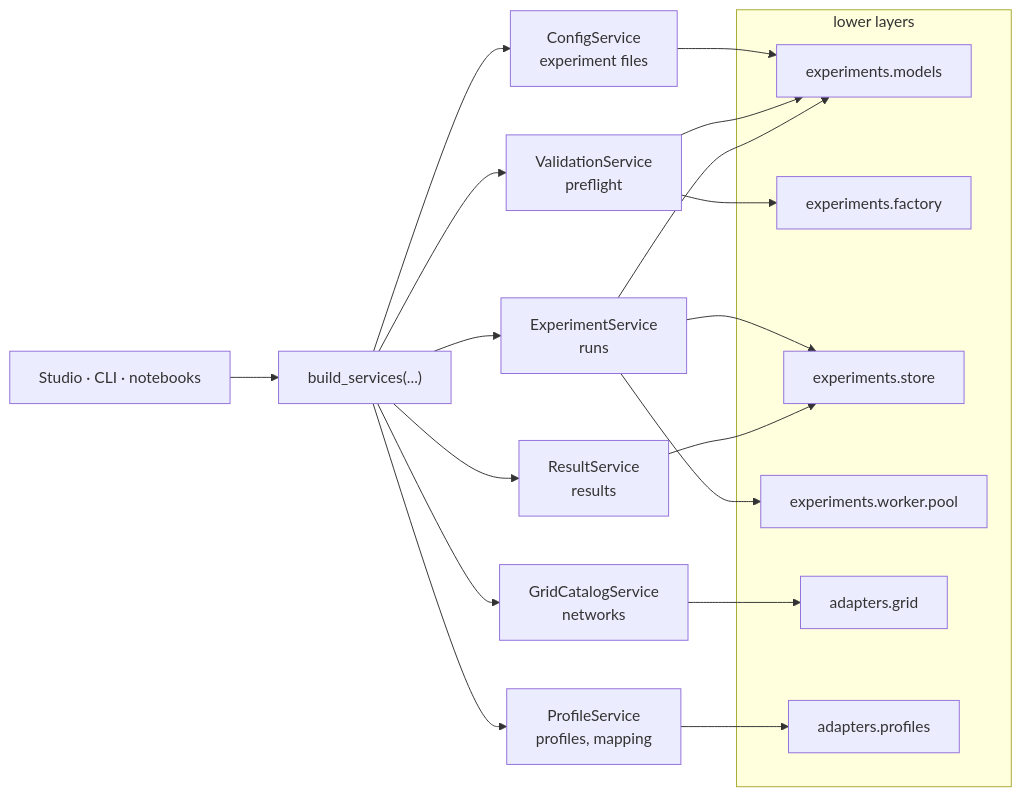
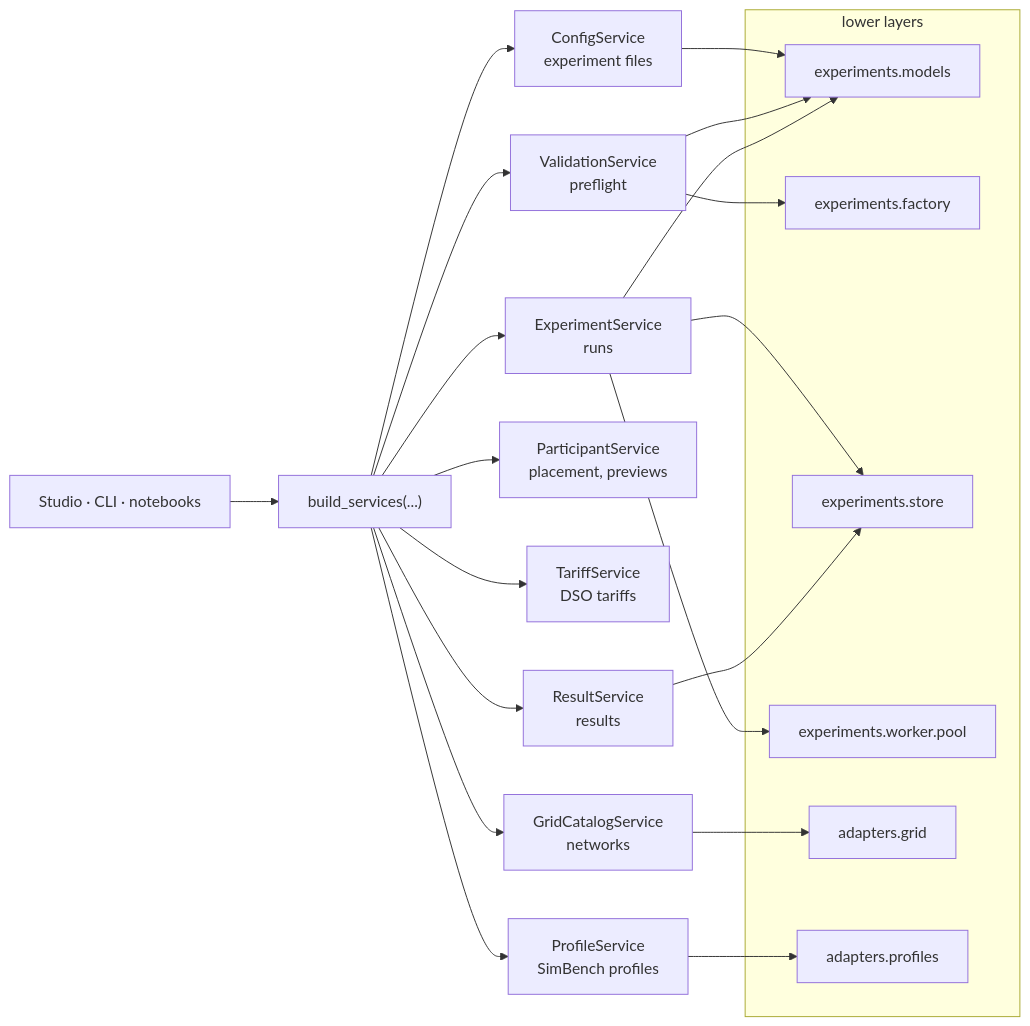
The first of 2 diagrams in docs_thesis/thesis/architecture/04-application-layer.md (KevinRapo/P2P-thesis), drawn with Mermaid before and after one commit. The commit also changed other lines of this file and 13 other files, not shown here.

First line of the commit message:
refactor(application): split ProfileService into profiles, participants, tariffs

````diff
--- a/docs_thesis/thesis/architecture/04-application-layer.md
+++ b/docs_thesis/thesis/architecture/04-application-layer.md
@@ -26,27 +26,29 @@
 ```mermaid
 flowchart LR
   CALL["Studio · CLI · notebooks"] --> BS["build_services(...)"]
   BS --> CF["ConfigService<br/>experiment files"]
   BS --> GC["GridCatalogService<br/>networks"]
-  BS --> PR["ProfileService<br/>profiles, mapping"]
+  BS --> PR["ProfileService<br/>SimBench profiles"]
+  BS --> PA["ParticipantService<br/>placement, previews"]
+  BS --> TA["TariffService<br/>DSO tariffs"]
   BS --> VA["ValidationService<br/>preflight"]
   BS --> EX["ExperimentService<br/>runs"]
   BS --> RE["ResultService<br/>results"]
   subgraph LOW["lower layers"]
     EM["experiments.models"]
     EF["experiments.factory"]
     ES["experiments.store"]
     EW["experiments.worker.pool"]
     AG["adapters.grid"]
     AP["adapters.profiles"]
   end
   CF --> EM
   GC --> AG
   PR --> AP
   VA --> EM
   VA --> EF
   EX --> EM
   EX --> ES
   EX --> EW
   RE --> ES
 ```
````
